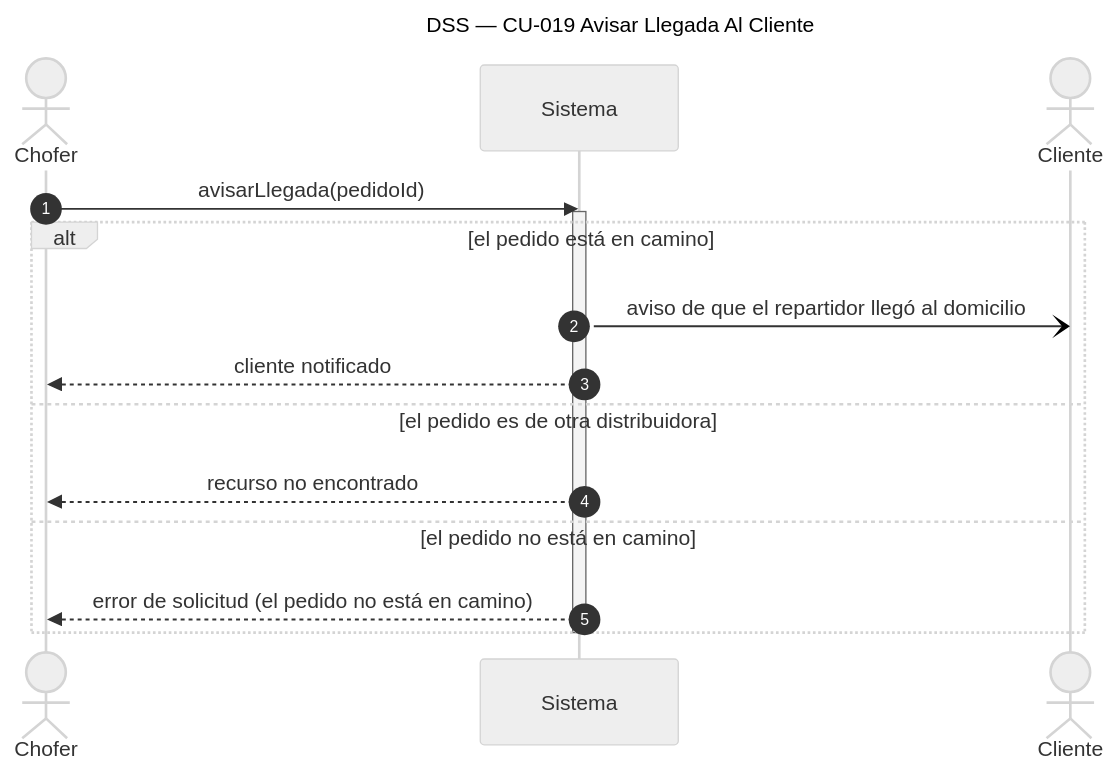
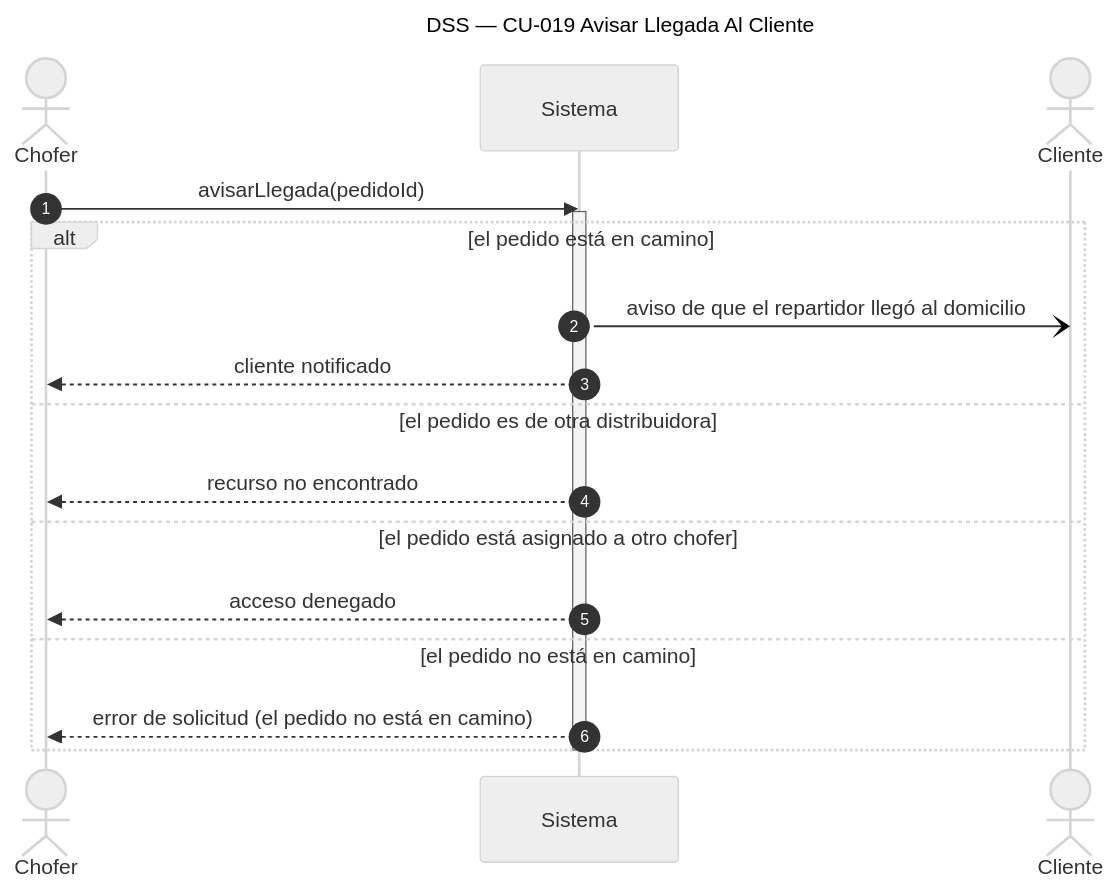
Before and after one commit to Nahuelito-Dev/splg-docs: the diagram in diagramas/DSS_CU-019_Avisar-Llegada-Al-Cliente.mmd, drawn with Mermaid (neutral theme). The commit also changed 49 other files, not shown here.

```diff
--- a/diagramas/DSS_CU-019_Avisar-Llegada-Al-Cliente.mmd
+++ b/diagramas/DSS_CU-019_Avisar-Llegada-Al-Cliente.mmd
@@ -1,18 +1,20 @@
 sequenceDiagram
     title DSS — CU-019 Avisar Llegada Al Cliente
     autonumber
     actor CHO as Chofer
     participant SIS as Sistema
     actor CLI as Cliente
 
     CHO->>SIS: avisarLlegada(pedidoId)
     activate SIS
     alt el pedido está en camino
         SIS-)CLI: aviso de que el repartidor llegó al domicilio
         SIS-->>CHO: cliente notificado
     else el pedido es de otra distribuidora
         SIS-->>CHO: recurso no encontrado
+    else el pedido está asignado a otro chofer
+        SIS-->>CHO: acceso denegado
     else el pedido no está en camino
         SIS-->>CHO: error de solicitud (el pedido no está en camino)
     end
     deactivate SIS
```
